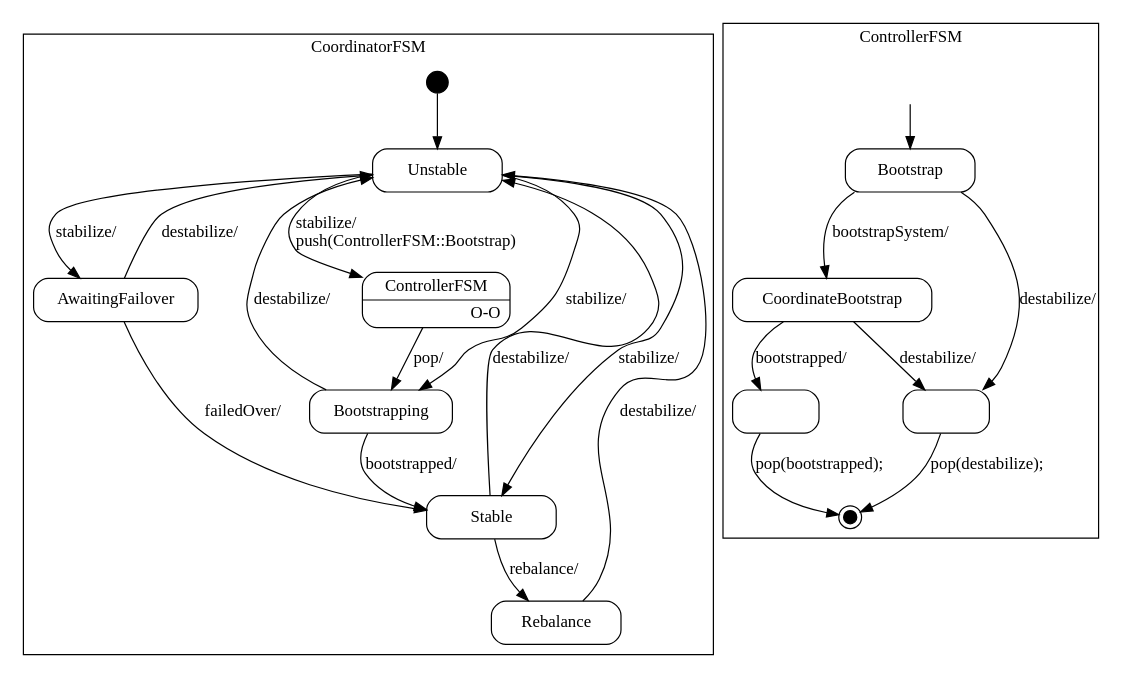
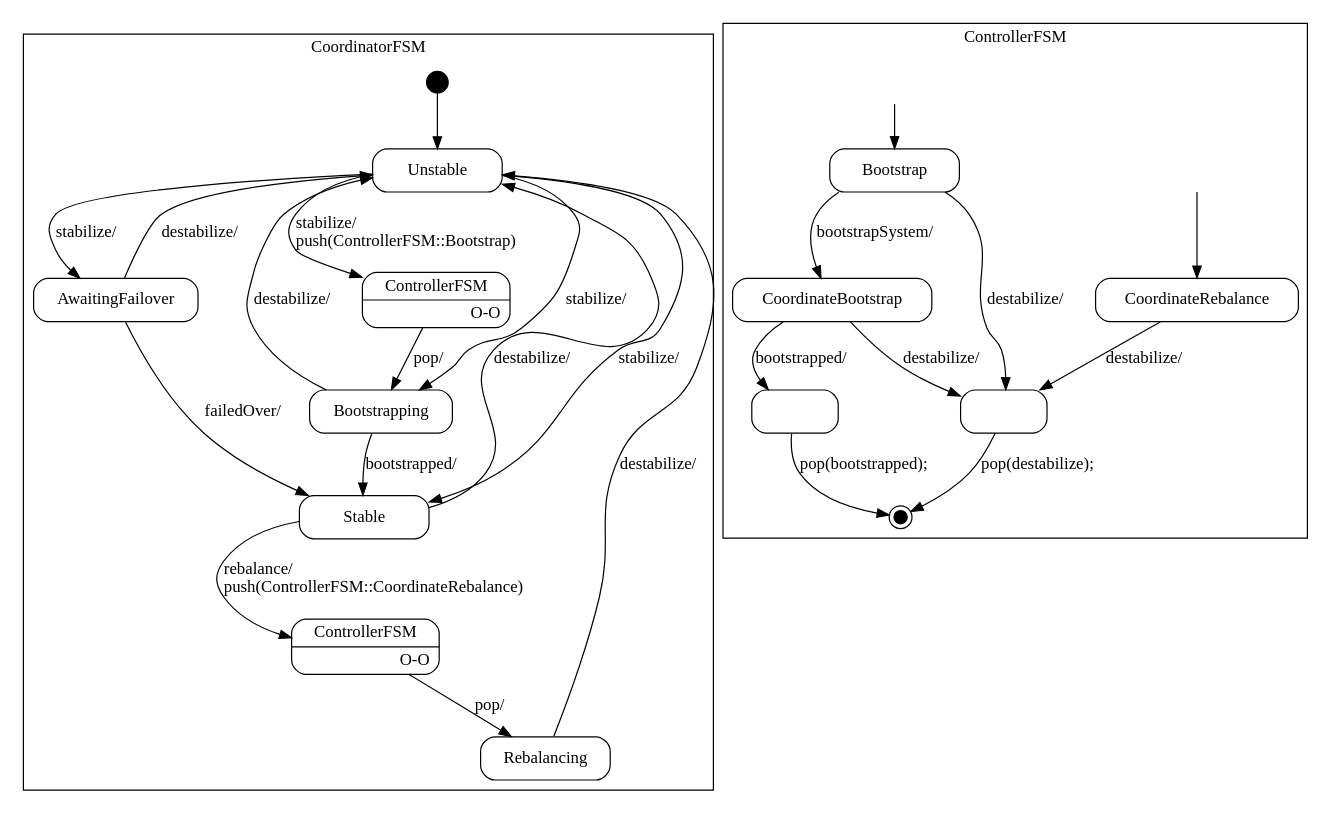
Before and after one commit to vmehra-sfdc/Ouroboros: the diagram in producer/doc/Coordinator_sm.dot, drawn with Graphviz. The commit also changed 4 other files, not shown here.

```diff
--- a/producer/doc/Coordinator_sm.dot
+++ b/producer/doc/Coordinator_sm.dot
@@ -1,130 +1,148 @@
 digraph Coordinator {
 
     node
         [shape=Mrecord width=1.5];
 
     subgraph cluster_CoordinatorFSM {
 
         label="CoordinatorFSM";
 
         //
         // States (Nodes)
         //
 
         "CoordinatorFSM::Unstable"
             [label="{Unstable}"];
 
         "CoordinatorFSM::AwaitingFailover"
             [label="{AwaitingFailover}"];
 
         "CoordinatorFSM::Stable"
             [label="{Stable}"];
 
         "CoordinatorFSM::Bootstrapping"
             [label="{Bootstrapping}"];
 
-        "CoordinatorFSM::Rebalance"
-            [label="{Rebalance}"];
+        "CoordinatorFSM::Rebalancing"
+            [label="{Rebalancing}"];
 
         "CoordinatorFSM::Bootstrapping::ControllerFSM"
+            [label="{ControllerFSM|O-O\r}"]
+
+        "CoordinatorFSM::Rebalancing::ControllerFSM"
             [label="{ControllerFSM|O-O\r}"]
 
         "%start"
             [label="" shape=circle style=filled fillcolor=black width=0.25];
 
         //
         // Transitions (Edges)
         //
 
         "CoordinatorFSM::Unstable" -> "CoordinatorFSM::AwaitingFailover"
             [label="stabilize/\l"];
 
         "CoordinatorFSM::Unstable" -> "CoordinatorFSM::Bootstrapping::ControllerFSM"
             [label="stabilize/\lpush(ControllerFSM::Bootstrap)\l"];
 
         "CoordinatorFSM::Unstable" -> "CoordinatorFSM::Bootstrapping"
             [label="stabilize/\l"];
 
         "CoordinatorFSM::Unstable" -> "CoordinatorFSM::Stable"
             [label="stabilize/\l"];
 
         "CoordinatorFSM::AwaitingFailover" -> "CoordinatorFSM::Stable"
             [label="failedOver/\l"];
 
         "CoordinatorFSM::AwaitingFailover" -> "CoordinatorFSM::Unstable"
             [label="destabilize/\l"];
 
-        "CoordinatorFSM::Stable" -> "CoordinatorFSM::Rebalance"
-            [label="rebalance/\l"];
+        "CoordinatorFSM::Stable" -> "CoordinatorFSM::Rebalancing::ControllerFSM"
+            [label="rebalance/\lpush(ControllerFSM::CoordinateRebalance)\l"];
 
         "CoordinatorFSM::Stable" -> "CoordinatorFSM::Unstable"
             [label="destabilize/\l"];
 
         "CoordinatorFSM::Bootstrapping" -> "CoordinatorFSM::Stable"
             [label="bootstrapped/\l"];
 
         "CoordinatorFSM::Bootstrapping" -> "CoordinatorFSM::Unstable"
             [label="destabilize/\l"];
 
-        "CoordinatorFSM::Rebalance" -> "CoordinatorFSM::Unstable"
+        "CoordinatorFSM::Rebalancing" -> "CoordinatorFSM::Unstable"
             [label="destabilize/\l"];
 
         "CoordinatorFSM::Bootstrapping::ControllerFSM" -> "CoordinatorFSM::Bootstrapping"
+            [label="pop/"]
+
+        "CoordinatorFSM::Rebalancing::ControllerFSM" -> "CoordinatorFSM::Rebalancing"
             [label="pop/"]
 
         "%start" -> "CoordinatorFSM::Unstable"
     }
 
     subgraph cluster_ControllerFSM {
 
         label="ControllerFSM";
 
         //
         // States (Nodes)
         //
 
         "ControllerFSM::Bootstrap"
             [label="{Bootstrap}"];
 
         "ControllerFSM::CoordinateBootstrap"
             [label="{CoordinateBootstrap}"];
 
+        "ControllerFSM::CoordinateRebalance"
+            [label="{CoordinateRebalance}"];
+
         "ControllerFSM::pop(destabilize)"
             [label="" width=1]
 
         "ControllerFSM::pop(bootstrapped)"
             [label="" width=1]
 
         "ControllerFSM::%end"
             [label="" shape=doublecircle style=filled fillcolor=black width=0.15];
+
+        "push(ControllerFSM::CoordinateRebalance)"
+            [label="" shape=plaintext];
 
         "push(ControllerFSM::Bootstrap)"
             [label="" shape=plaintext];
 
         //
         // Transitions (Edges)
         //
 
         "ControllerFSM::Bootstrap" -> "ControllerFSM::CoordinateBootstrap"
             [label="bootstrapSystem/\l"];
 
         "ControllerFSM::Bootstrap" -> "ControllerFSM::pop(destabilize)"
             [label="destabilize/\l"];
 
         "ControllerFSM::CoordinateBootstrap" -> "ControllerFSM::pop(bootstrapped)"
             [label="bootstrapped/\l"];
 
         "ControllerFSM::CoordinateBootstrap" -> "ControllerFSM::pop(destabilize)"
             [label="destabilize/\l"];
 
+        "ControllerFSM::CoordinateRebalance" -> "ControllerFSM::pop(destabilize)"
+            [label="destabilize/\l"];
+
         "ControllerFSM::pop(destabilize)" -> "ControllerFSM::%end"
             [label="pop(destabilize);\l"];
 
         "ControllerFSM::pop(bootstrapped)" -> "ControllerFSM::%end"
             [label="pop(bootstrapped);\l"];
 
+        "push(ControllerFSM::CoordinateRebalance)" -> "ControllerFSM::CoordinateRebalance"
+            [arrowtail=odot];
+
         "push(ControllerFSM::Bootstrap)" -> "ControllerFSM::Bootstrap"
             [arrowtail=odot];
     }
 
 }
```
